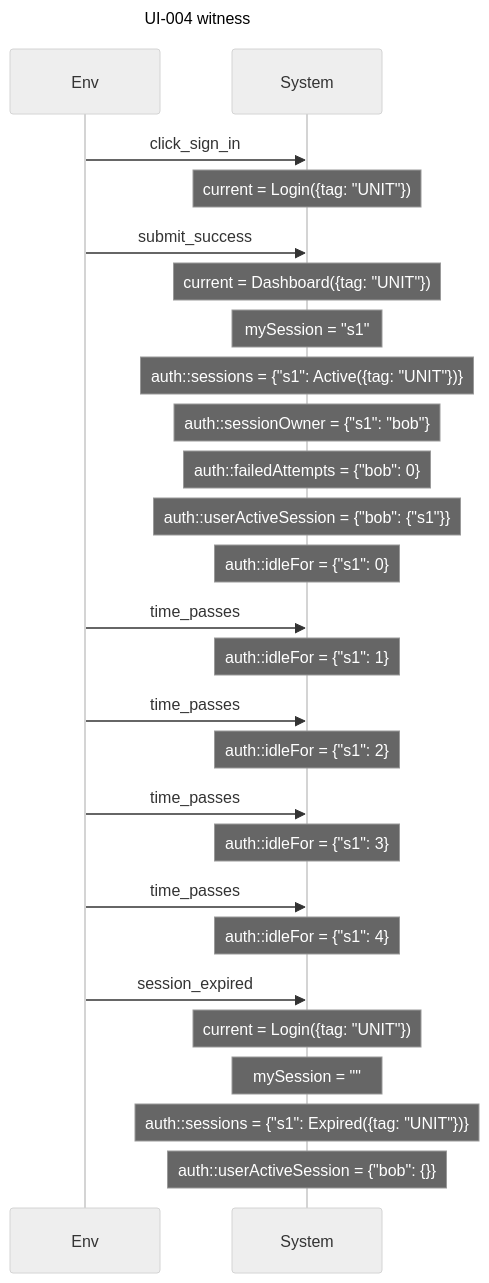
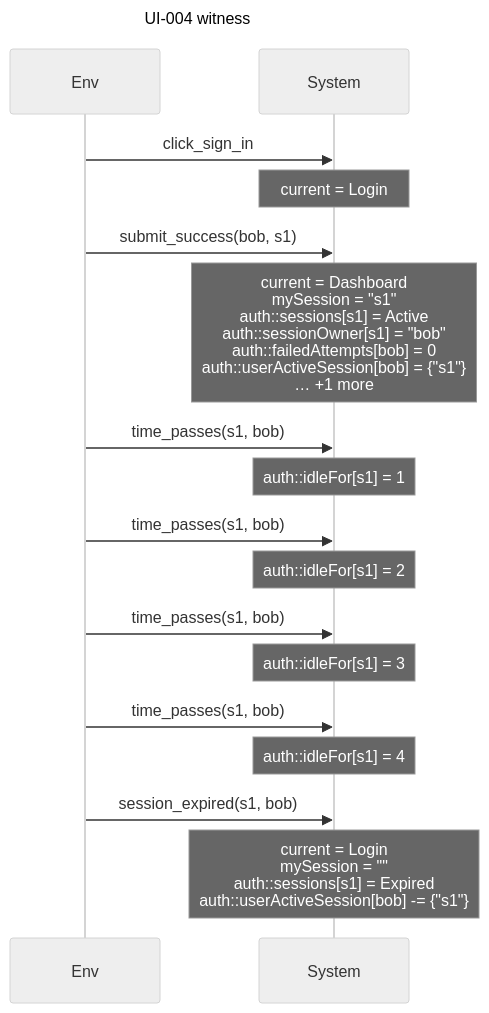
The sixth of 9 diagrams in examples/specs/auth-ui.readback.md (AlesKracik/quintessence), drawn with Mermaid (neutral theme) before and after one commit. The commit also changed other lines of this file and 17 other files, not shown here.

````diff
--- a/examples/specs/auth-ui.readback.md
+++ b/examples/specs/auth-ui.readback.md
@@ -478,29 +488,20 @@
 ```mermaid
 sequenceDiagram
     title UI-004 witness
     participant E as Env
     participant S as System
     E->>S: click_sign_in
-    Note over S: current = Login({tag: "UNIT"})
-    E->>S: submit_success
-    Note over S: current = Dashboard({tag: "UNIT"})
-    Note over S: mySession = "s1"
-    Note over S: auth::sessions = {"s1": Active({tag: "UNIT"})}
-    Note over S: auth::sessionOwner = {"s1": "bob"}
-    Note over S: auth::failedAttempts = {"bob": 0}
-    Note over S: auth::userActiveSession = {"bob": {"s1"}}
-    Note over S: auth::idleFor = {"s1": 0}
-    E->>S: time_passes
-    Note over S: auth::idleFor = {"s1": 1}
-    E->>S: time_passes
-    Note over S: auth::idleFor = {"s1": 2}
-    E->>S: time_passes
-    Note over S: auth::idleFor = {"s1": 3}
-    E->>S: time_passes
-    Note over S: auth::idleFor = {"s1": 4}
-    E->>S: session_expired
-    Note over S: current = Login({tag: "UNIT"})
-    Note over S: mySession = ""
-    Note over S: auth::sessions = {"s1": Expired({tag: "UNIT"})}
-    Note over S: auth::userActiveSession = {"bob": {}}
+    Note over S: current = Login
+    E->>S: submit_success(bob, s1)
+    Note over S: current = Dashboard<br/>mySession = "s1"<br/>auth::sessions[s1] = Active<br/>auth::sessionOwner[s1] = "bob"<br/>auth::failedAttempts[bob] = 0<br/>auth::userActiveSession[bob] = {"s1"}<br/>… +1 more
+    E->>S: time_passes(s1, bob)
+    Note over S: auth::idleFor[s1] = 1
+    E->>S: time_passes(s1, bob)
+    Note over S: auth::idleFor[s1] = 2
+    E->>S: time_passes(s1, bob)
+    Note over S: auth::idleFor[s1] = 3
+    E->>S: time_passes(s1, bob)
+    Note over S: auth::idleFor[s1] = 4
+    E->>S: session_expired(s1, bob)
+    Note over S: current = Login<br/>mySession = ""<br/>auth::sessions[s1] = Expired<br/>auth::userActiveSession[bob] -= {"s1"}
 ```
````
